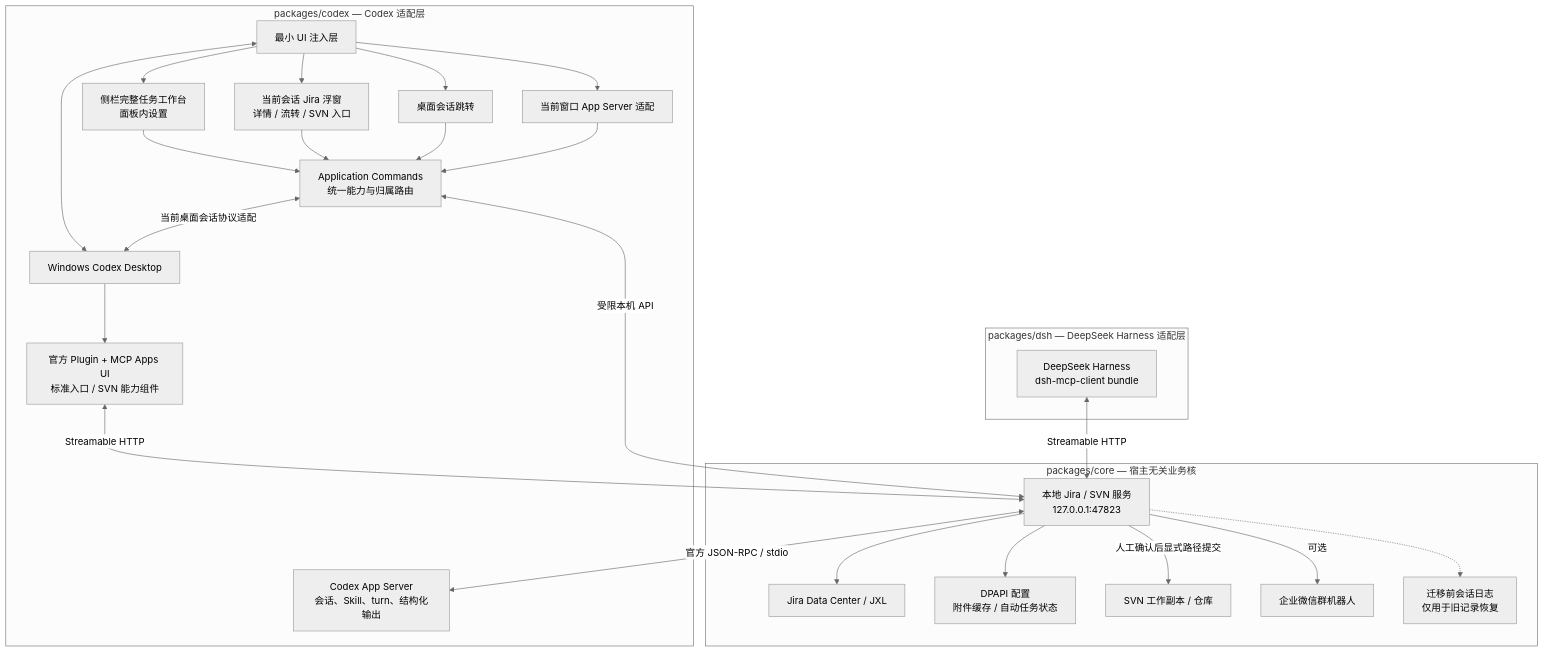
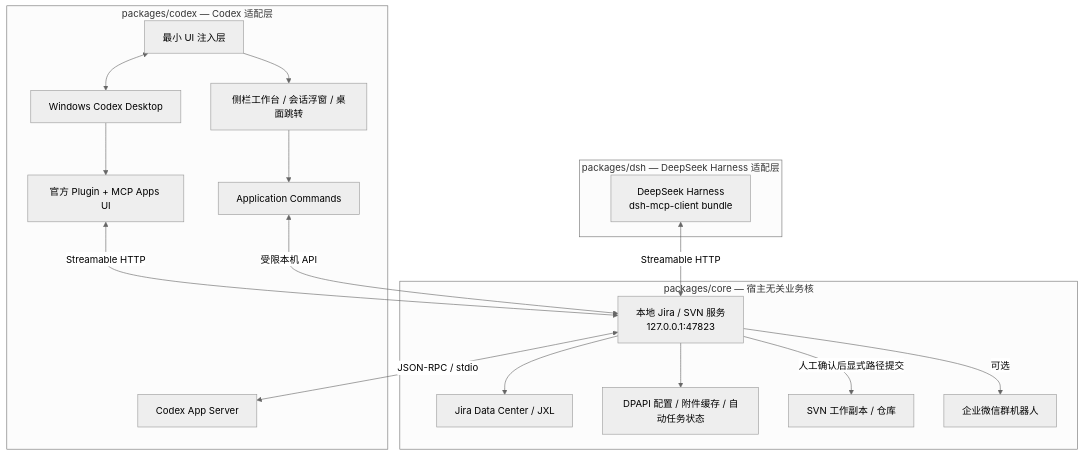
Before and after one commit to yzj555/jira-codex-panel-poc: the diagram in README.md, drawn with Mermaid (neutral theme). The commit also changed other lines of this file and 2 other files, not shown here.

````diff
--- a/README.md
+++ b/README.md
@@ -496,33 +32,25 @@
-~~~mermaid
+```mermaid
 flowchart TB
     subgraph Core["packages/core — 宿主无关业务核"]
         Server["本地 Jira / SVN 服务<br/>127.0.0.1:47823"]
         Server --> Jira["Jira Data Center / JXL"]
-        Server --> UserData["DPAPI 配置<br/>附件缓存 / 自动任务状态"]
+        Server --> UserData["DPAPI 配置 / 附件缓存 / 自动任务状态"]
         Server -->|人工确认后显式路径提交| SVN["SVN 工作副本 / 仓库"]
         Server -->|可选| WeCom["企业微信群机器人"]
-        Server -.-> LegacySessions["迁移前会话日志<br/>仅用于旧记录恢复"]
     end
 
     subgraph CodexShell["packages/codex — Codex 适配层"]
-        Codex["Windows Codex Desktop"] --> Plugin["官方 Plugin + MCP Apps UI<br/>标准入口 / SVN 能力组件"]
+        Codex["Windows Codex Desktop"] --> Plugin["官方 Plugin + MCP Apps UI"]
         Plugin <-->|Streamable HTTP| Server
-        Server <-->|官方 JSON-RPC / stdio| AppServer["Codex App Server<br/>会话、Skill、turn、结构化输出"]
+        Server <-->|JSON-RPC / stdio| AppServer["Codex App Server"]
         Injector["最小 UI 注入层"] <--> Codex
-        Injector --> Sidebar["侧栏完整任务工作台<br/>面板内设置"]
-        Injector --> Float["当前会话 Jira 浮窗<br/>详情 / 流转 / SVN 入口"]
-        Injector --> Navigation["桌面会话跳转"]
-        Injector --> DesktopAdapter["当前窗口 App Server 适配"]
-        Sidebar --> Commands["Application Commands<br/>统一能力与归属路由"]
-        Float --> Commands
-        Navigation --> Commands
-        DesktopAdapter --> Commands
+        Injector --> Sidebar["侧栏工作台 / 会话浮窗 / 桌面跳转"]
+        Sidebar --> Commands["Application Commands"]
         Commands <-->|受限本机 API| Server
-        Commands <-->|当前桌面会话协议适配| Codex
     end
 
     subgraph DSHShell["packages/dsh — DeepSeek Harness 适配层"]
         DSH["DeepSeek Harness<br/>dsh-mcp-client bundle"]
         DSH <-->|Streamable HTTP| Server
     end
-~~~
+```
````
